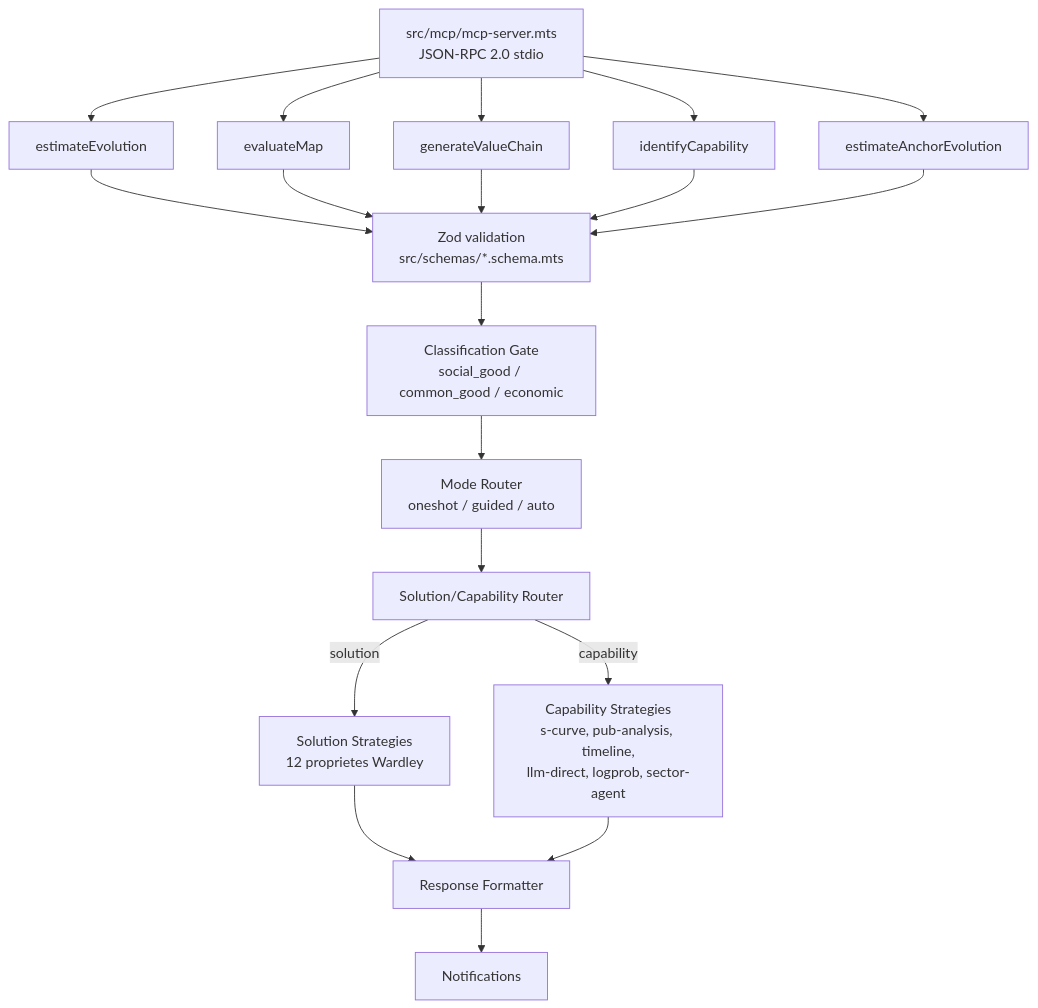
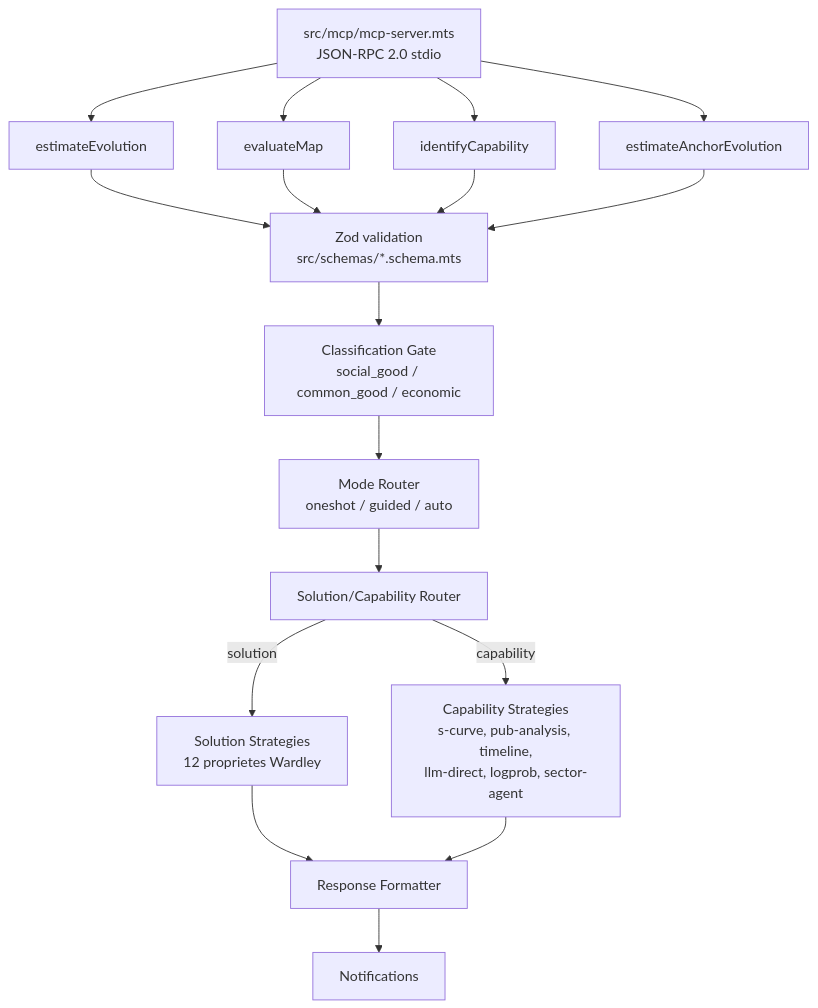
One commit to formicoidea/labre-mcp changed the diagram in docs/README.md. Above: the diagram before and after it, drawn with Mermaid. The commit also changed other lines of this file and 17 other files, not shown here.

First line of the commit message:
feat: remove generateValueChain tool and schema

````diff
--- a/docs/README.md
+++ b/docs/README.md
@@ -14,20 +14,19 @@
 ```mermaid
 flowchart TD
     MCP["src/mcp/mcp-server.mts\nJSON-RPC 2.0 stdio"]
     MCP --> EE["estimateEvolution"]
     MCP --> EM["evaluateMap"]
-    MCP --> GV["generateValueChain"]
     MCP --> IC["identifyCapability"]
     MCP --> AN["estimateAnchorEvolution"]
 
-    EE & EM & GV & IC & AN --> Z["Zod validation\nsrc/schemas/*.schema.mts"]
+    EE & EM & IC & AN --> Z["Zod validation\nsrc/schemas/*.schema.mts"]
     Z --> CG["Classification Gate\nsocial_good / common_good / economic"]
     CG --> MR["Mode Router\noneshot / guided / auto"]
     MR --> SCR["Solution/Capability Router"]
 
     SCR -->|"solution"| SS["Solution Strategies\n12 proprietes Wardley"]
     SCR -->|"capability"| CS["Capability Strategies\ns-curve, pub-analysis, timeline,\nllm-direct, logprob, sector-agent"]
 
     SS & CS --> RF["Response Formatter"]
     RF --> N["Notifications"]
 ```
````
